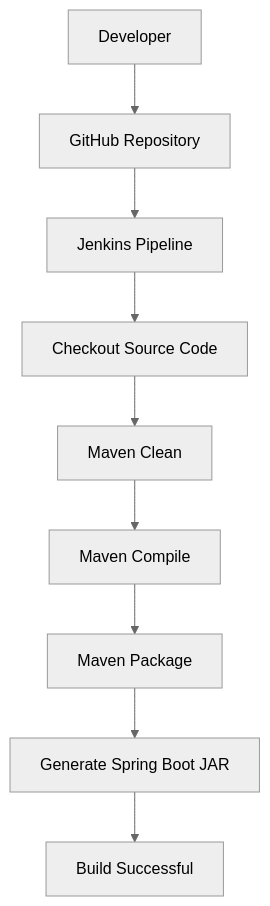
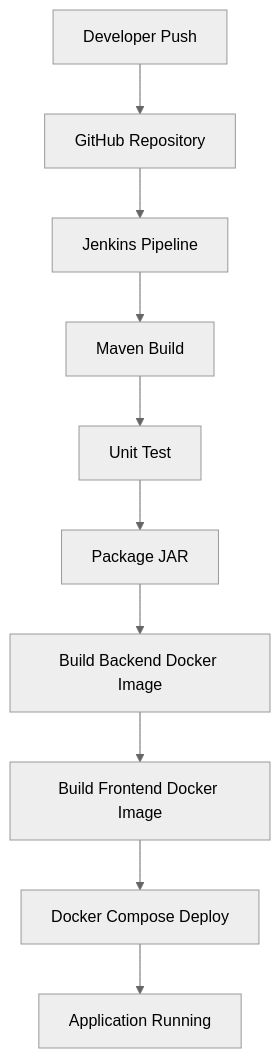
Before and after one commit to rohitsalapu00/LibraryManagementSystem: the diagram in README.md, drawn with Mermaid (neutral theme). The commit also changed other lines of this file, not shown here.

First line of the commit message:
Revise README for Library Management System CI/CD Pipeline

````diff
--- a/README.md
+++ b/README.md
@@ -178,19 +197,41 @@
 ```mermaid
 flowchart TD
 
-A[Developer] --> B[GitHub Repository]
+A[Developer Push]
 
-B --> C[Jenkins Pipeline]
+-->
 
-C --> D[Checkout Source Code]
+B[GitHub Repository]
 
-D --> E[Maven Clean]
+-->
 
-E --> F[Maven Compile]
+C[Jenkins Pipeline]
 
-F --> G[Maven Package]
+-->
 
-G --> H[Generate Spring Boot JAR]
+D[Maven Build]
 
-H --> I[Build Successful]
+-->
+
+E[Unit Test]
+
+-->
+
+F[Package JAR]
+
+-->
+
+G[Build Backend Docker Image]
+
+-->
+
+H[Build Frontend Docker Image]
+
+-->
+
+I[Docker Compose Deploy]
+
+-->
+
+J[Application Running]
 ```
````
